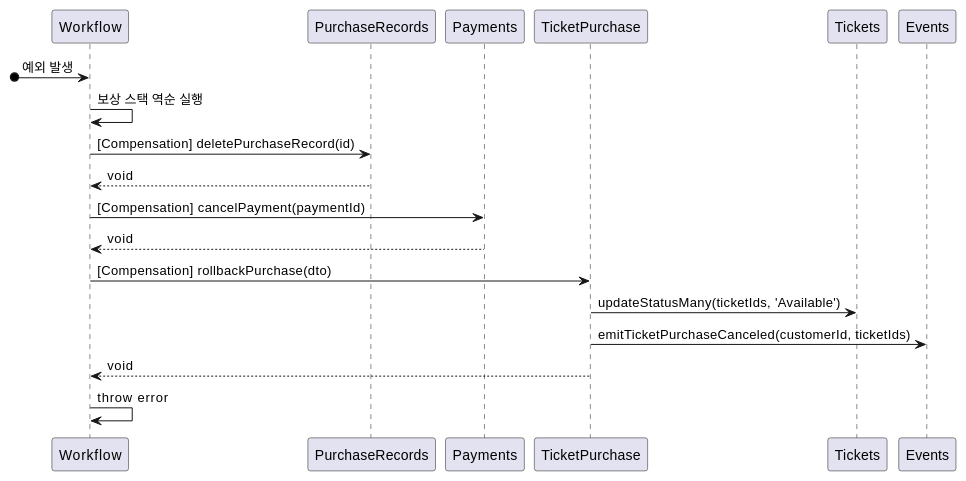
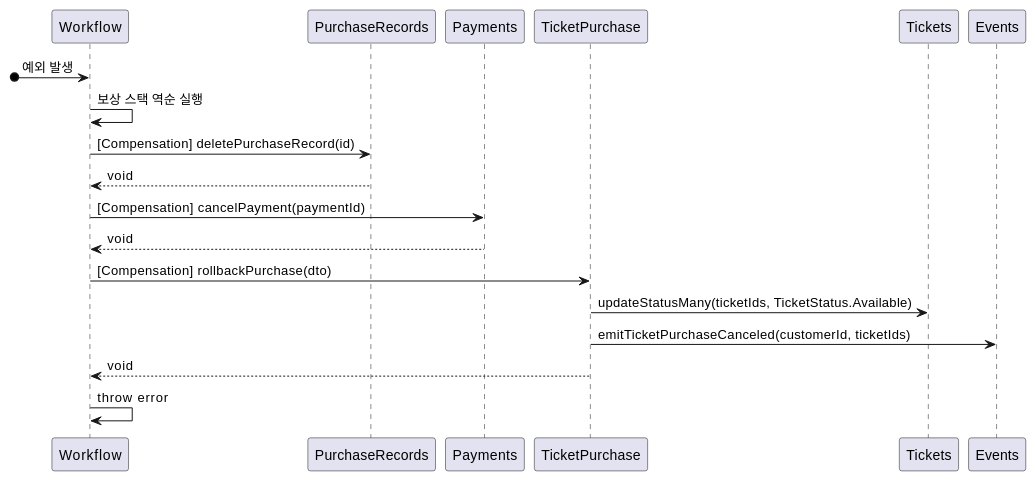
One commit to mannercode/nest-seed changed the fifth of 5 diagrams in docs/designs/tickets-purchase.md. Above: the diagram before and after it, drawn with PlantUML. The commit also changed other lines of this file and 4 other files, not shown here.

````diff
--- a/docs/designs/tickets-purchase.md
+++ b/docs/designs/tickets-purchase.md
@@ -233,17 +233,17 @@
 ```plantuml
 @startuml
 [o-> Workflow: 예외 발생
 
 Workflow -> Workflow: 보상 스택 역순 실행
     Workflow -> PurchaseRecords: [Compensation] deletePurchaseRecord(id)
     Workflow <-- PurchaseRecords: void
     Workflow -> Payments: [Compensation] cancelPayment(paymentId)
     Workflow <-- Payments: void
 
 Workflow -> TicketPurchase: [Compensation] rollbackPurchase(dto)
-    TicketPurchase -> Tickets: updateStatusMany(ticketIds, 'Available')
+    TicketPurchase -> Tickets: updateStatusMany(ticketIds, TicketStatus.Available)
     TicketPurchase -> Events: emitTicketPurchaseCanceled(customerId, ticketIds)
 Workflow <-- TicketPurchase: void
 Workflow -> Workflow: throw error
 @enduml
 ```
````
